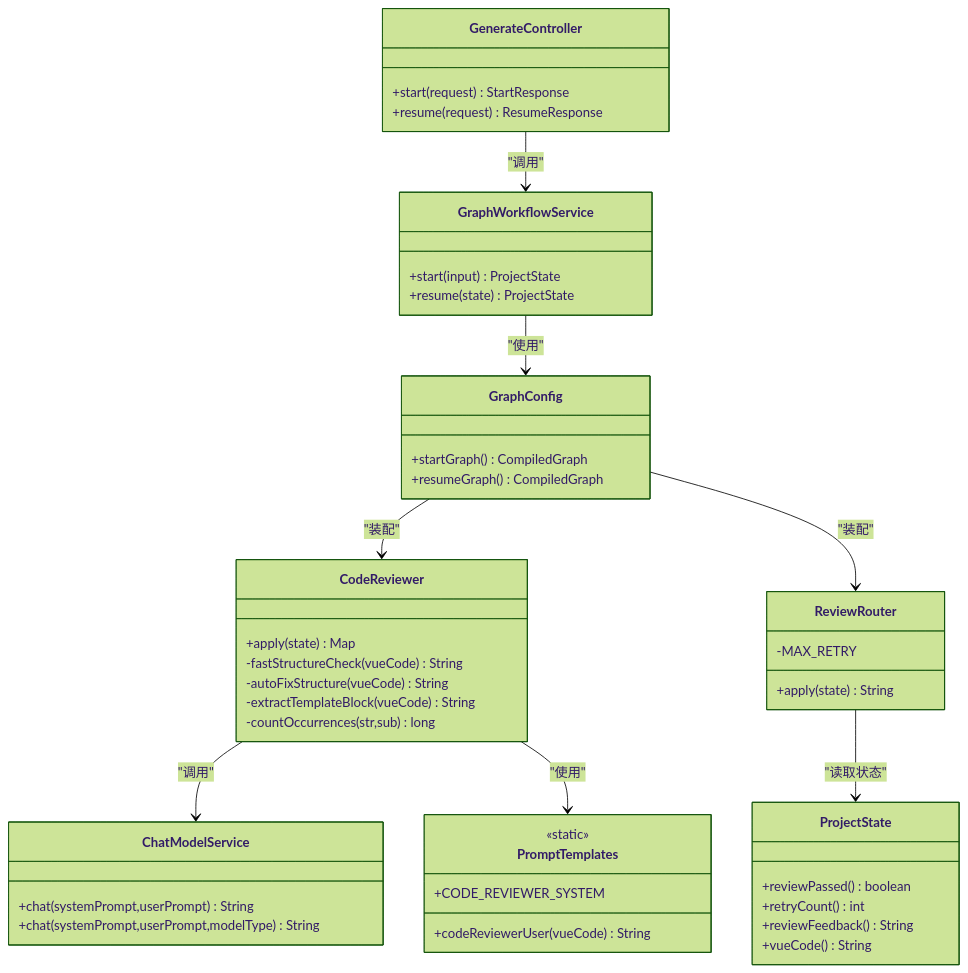
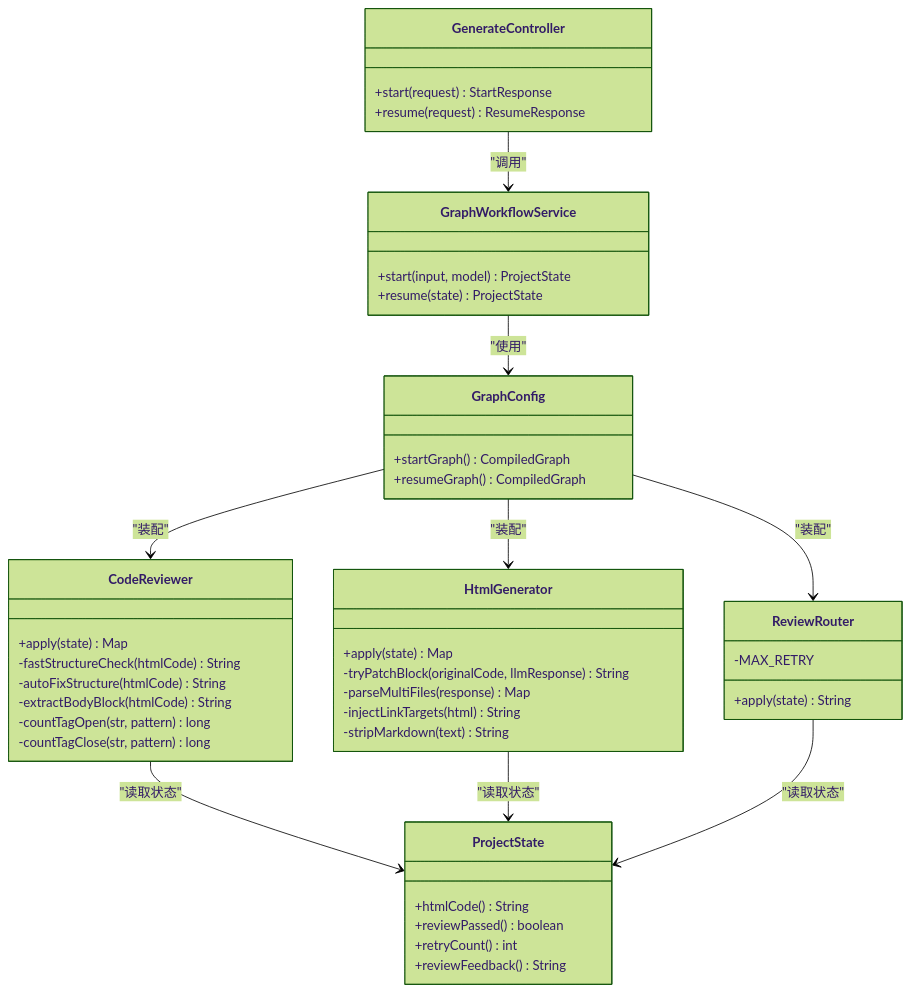
One commit to CyanYuKi/WebSiteFrontendCodeMother changed the sixth of 7 diagrams in .qoder/repowiki/zh/content/AI工作流系统/AI节点分析/代码审查节点.md. Above: the diagram before and after it, drawn with Mermaid (forest theme). The commit also changed other lines of this file and 12 other files, not shown here.

````diff
--- a/.qoder/repowiki/zh/content/AI工作流系统/AI节点分析/代码审查节点.md
+++ b/.qoder/repowiki/zh/content/AI工作流系统/AI节点分析/代码审查节点.md
@@ -297,48 +335,48 @@
 ```mermaid
 classDiagram
 class CodeReviewer {
 +apply(state) Map
--fastStructureCheck(vueCode) String
--autoFixStructure(vueCode) String
--extractTemplateBlock(vueCode) String
--countOccurrences(str,sub) long
+-fastStructureCheck(htmlCode) String
+-autoFixStructure(htmlCode) String
+-extractBodyBlock(htmlCode) String
+-countTagOpen(str, pattern) long
+-countTagClose(str, pattern) long
+}
+class HtmlGenerator {
++apply(state) Map
+-tryPatchBlock(originalCode, llmResponse) String
+-parseMultiFiles(response) Map
+-injectLinkTargets(html) String
+-stripMarkdown(text) String
 }
 class ReviewRouter {
 +apply(state) String
 -MAX_RETRY
 }
-class ChatModelService {
-+chat(systemPrompt,userPrompt) String
-+chat(systemPrompt,userPrompt,modelType) String
-}
-class PromptTemplates {
-<<static>>
-+CODE_REVIEWER_SYSTEM
-+codeReviewerUser(vueCode) String
-}
 class ProjectState {
++htmlCode() String
 +reviewPassed() boolean
 +retryCount() int
 +reviewFeedback() String
-+vueCode() String
 }
 class GraphWorkflowService {
-+start(input) ProjectState
++start(input, model) ProjectState
 +resume(state) ProjectState
 }
 class GraphConfig {
 +startGraph() CompiledGraph
 +resumeGraph() CompiledGraph
 }
 class GenerateController {
 +start(request) StartResponse
 +resume(request) ResumeResponse
 }
-CodeReviewer --> ChatModelService : "调用"
-CodeReviewer --> PromptTemplates : "使用"
+CodeReviewer --> ProjectState : "读取状态"
+HtmlGenerator --> ProjectState : "读取状态"
 ReviewRouter --> ProjectState : "读取状态"
 GraphConfig --> CodeReviewer : "装配"
+GraphConfig --> HtmlGenerator : "装配"
 GraphConfig --> ReviewRouter : "装配"
 GraphWorkflowService --> GraphConfig : "使用"
 GenerateController --> GraphWorkflowService : "调用"
 ```
````
